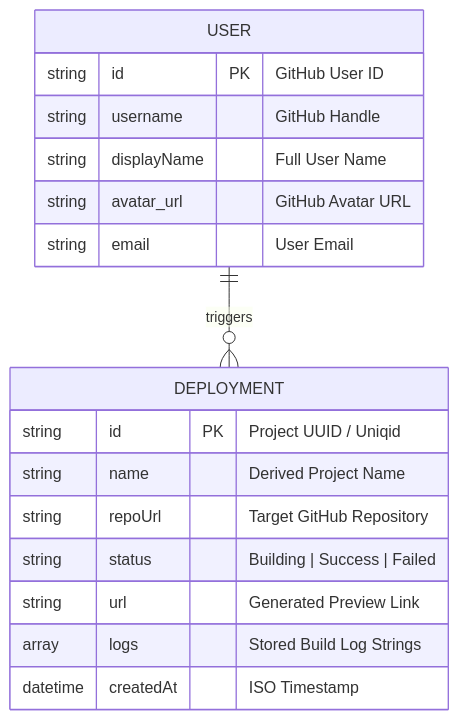
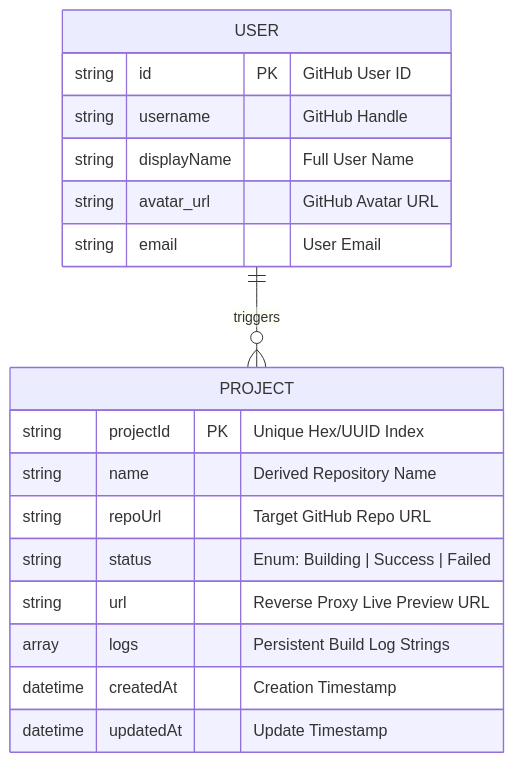
Before and after one commit to Sahil1607cms/RepoCloud: the second of 3 diagrams in README.md, drawn with Mermaid. The commit also changed other lines of this file and 6 other files, not shown here.

````diff
--- a/README.md
+++ b/README.md
@@ -988,22 +1076,23 @@
 ```mermaid
 erDiagram
     USER {
         string id PK "GitHub User ID"
         string username "GitHub Handle"
         string displayName "Full User Name"
         string avatar_url "GitHub Avatar URL"
         string email "User Email"
     }
 
-    DEPLOYMENT {
-        string id PK "Project UUID / Uniqid"
-        string name "Derived Project Name"
-        string repoUrl "Target GitHub Repository"
-        string status "Building | Success | Failed"
-        string url "Generated Preview Link"
-        array logs "Stored Build Log Strings"
-        datetime createdAt "ISO Timestamp"
+    PROJECT {
+        string projectId PK "Unique Hex/UUID Index"
+        string name "Derived Repository Name"
+        string repoUrl "Target GitHub Repo URL"
+        string status "Enum: Building | Success | Failed"
+        string url "Reverse Proxy Live Preview URL"
+        array logs "Persistent Build Log Strings"
+        datetime createdAt "Creation Timestamp"
+        datetime updatedAt "Update Timestamp"
     }
 
-    USER ||--o{ DEPLOYMENT : triggers
+    USER ||--o{ PROJECT : triggers
 ```
````
